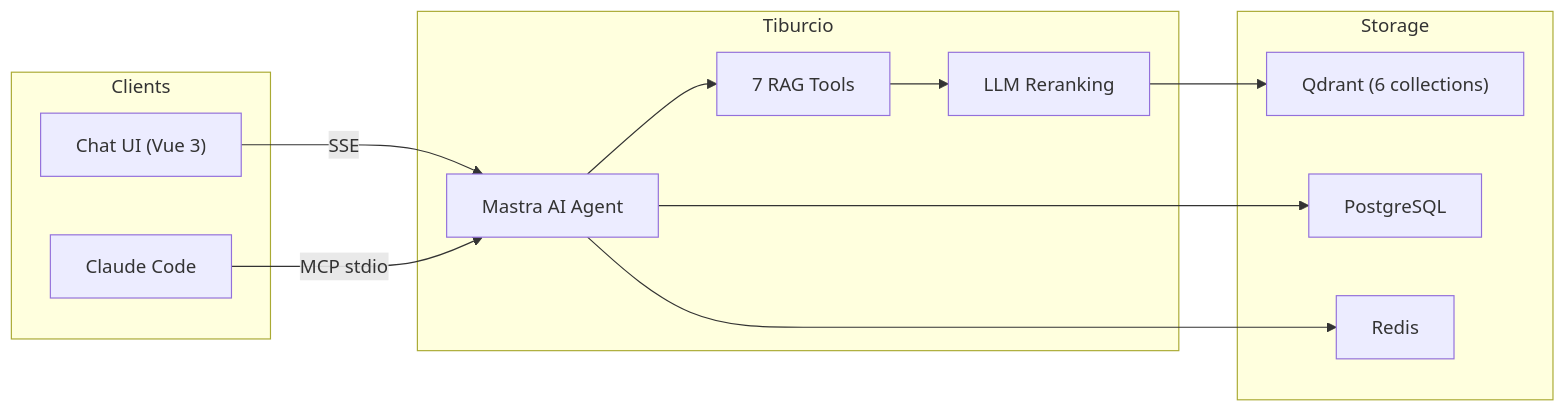
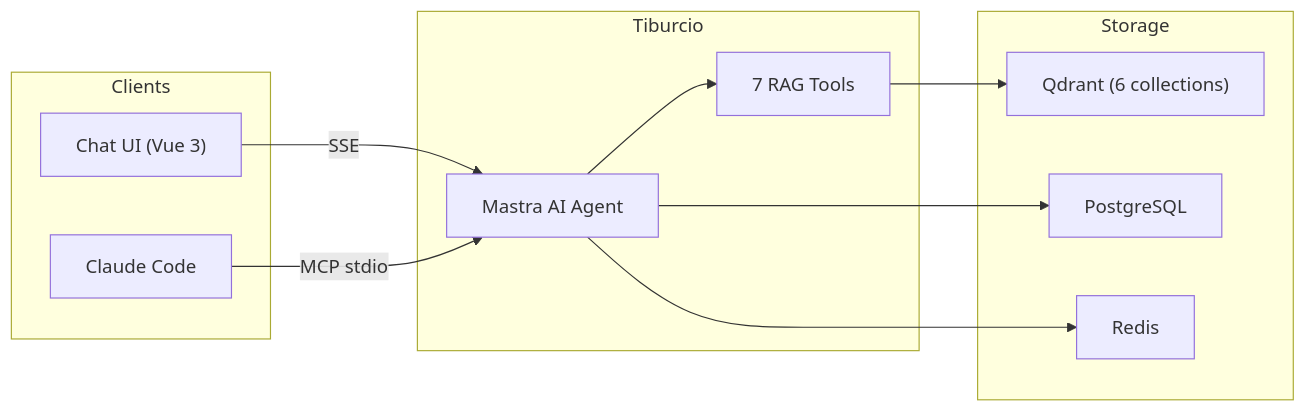
Before and after one commit to JoaoMorais03/Tiburcio: the first of 2 diagrams in README.md, drawn with Mermaid. The commit also changed other lines of this file and 32 other files, not shown here.

First line of the commit message:
Docs/v2 roadmap clean (#18)

````diff
--- a/README.md
+++ b/README.md
@@ -49,25 +49,24 @@
 ```mermaid
 graph LR
     subgraph Clients
         UI["Chat UI (Vue 3)"]
         CC["Claude Code"]
     end
 
     subgraph Tiburcio
         Agent["Mastra AI Agent"]
         Tools["7 RAG Tools"]
-        Rerank["LLM Reranking"]
     end
 
     subgraph Storage
         Qdrant["Qdrant (6 collections)"]
         PG["PostgreSQL"]
         Redis["Redis"]
     end
 
     UI -- SSE --> Agent
     CC -- MCP stdio --> Agent
-    Agent --> Tools --> Rerank --> Qdrant
+    Agent --> Tools --> Qdrant
     Agent --> PG
     Agent --> Redis
 ```
````
